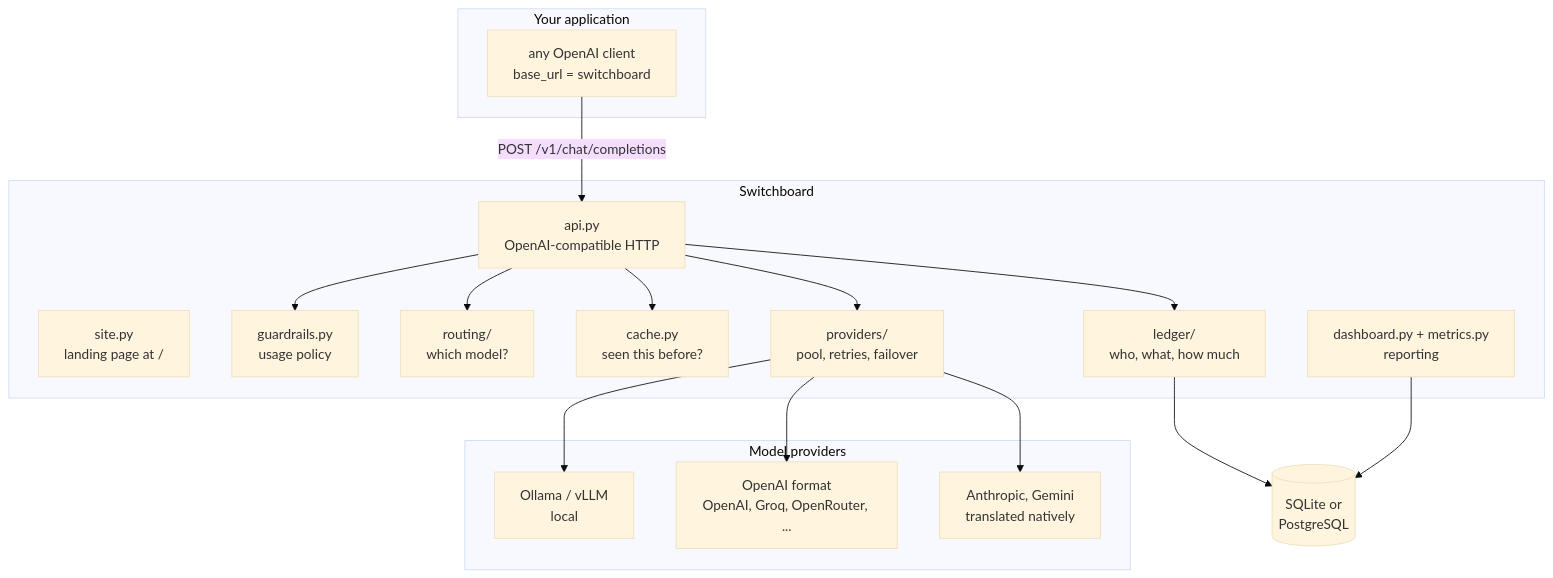
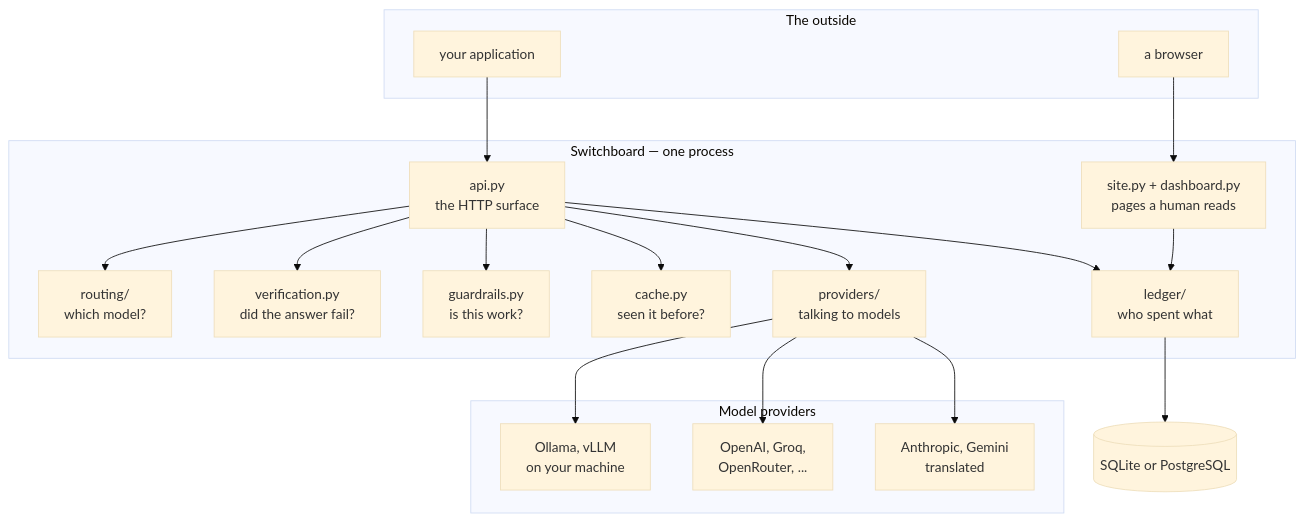
Before and after one commit to vbvansh/switchboard: the fifth of 6 diagrams in docs/ARCHITECTURE.md, drawn with Mermaid (base theme). The commit also changed other lines of this file and 2 other files, not shown here.

First line of the commit message:
Docs: rewrite the README and architecture guide for a general reader

````diff
--- a/docs/ARCHITECTURE.md
+++ b/docs/ARCHITECTURE.md
@@ -20,37 +212,38 @@
 ```mermaid
 flowchart TB
-    subgraph client [Your application]
-      APP["any OpenAI client<br/>base_url = switchboard"]
+    subgraph edge ["The outside"]
+      APP["your application"]
+      BROWSER["a browser"]
     end
 
-    subgraph sb [Switchboard]
-      SITE["site.py<br/>landing page at /"]
-      API["api.py<br/>OpenAI-compatible HTTP"]
-      GUARD["guardrails.py<br/>usage policy"]
+    subgraph sb ["Switchboard — one process"]
+      API["api.py<br/>the HTTP surface"]
       ROUTE["routing/<br/>which model?"]
-      CACHE["cache.py<br/>seen this before?"]
-      POOL["providers/<br/>pool, retries, failover"]
-      LEDGER["ledger/<br/>who, what, how much"]
-      DASH["dashboard.py + metrics.py<br/>reporting"]
+      VERIFY["verification.py<br/>did the answer fail?"]
+      GUARD["guardrails.py<br/>is this work?"]
+      CACHE["cache.py<br/>seen it before?"]
+      POOL["providers/<br/>talking to models"]
+      LEDGER["ledger/<br/>who spent what"]
+      SITE["site.py + dashboard.py<br/>pages a human reads"]
     end
 
-    subgraph up [Model providers]
-      OLL["Ollama / vLLM<br/>local"]
-      OAI["OpenAI format<br/>OpenAI, Groq, OpenRouter, ..."]
-      NAT["Anthropic, Gemini<br/>translated natively"]
+    subgraph up ["Model providers"]
+      LOCAL["Ollama, vLLM<br/>on your machine"]
+      HOSTED["OpenAI, Groq,<br/>OpenRouter, ..."]
+      NATIVE["Anthropic, Gemini<br/>translated"]
     end
 
-    DB[("SQLite or<br/>PostgreSQL")]
-
-    APP -->|POST /v1/chat/completions| API
+    APP --> API
+    BROWSER --> SITE
     API --> GUARD
     API --> ROUTE
     API --> CACHE
     API --> POOL
-    POOL --> OLL
-    POOL --> OAI
-    POOL --> NAT
+    API --> VERIFY
+    POOL --> LOCAL
+    POOL --> HOSTED
+    POOL --> NATIVE
     API --> LEDGER
-    LEDGER --> DB
-    DASH --> DB
+    SITE --> LEDGER
+    LEDGER --> DB[("SQLite or PostgreSQL")]
 ```
````
